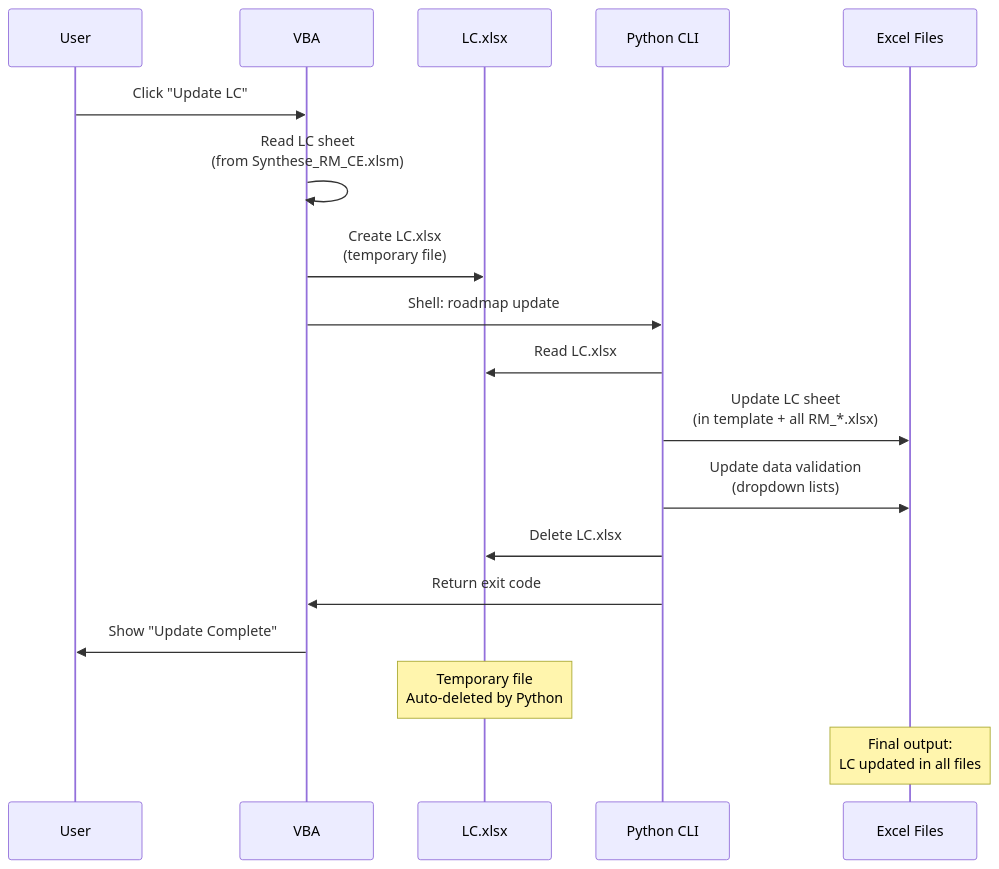
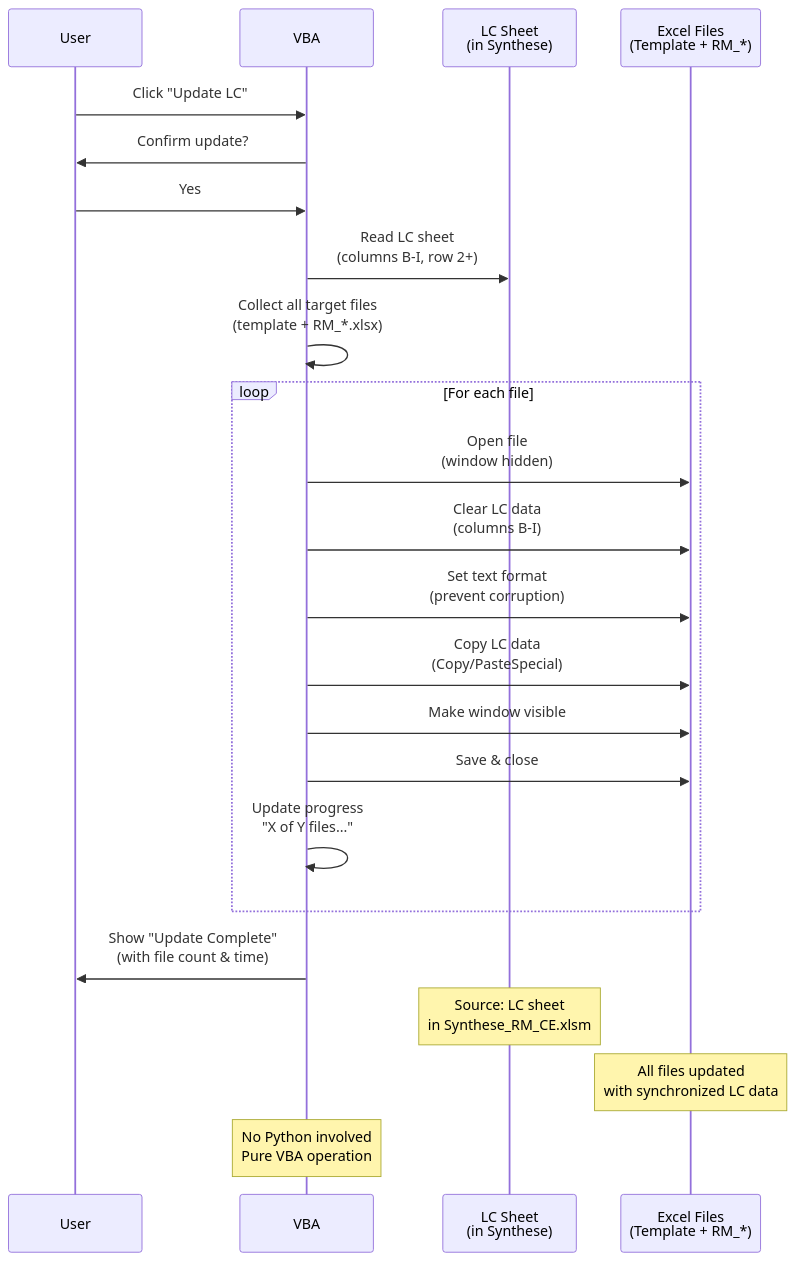
The sixth of 14 diagrams in PRESENTATION.md (chiyonofujikam/roadmap_manager), drawn with Mermaid before and after one commit. The commit also changed other lines of this file and 12 other files, not shown here.

````diff
--- a/PRESENTATION.md
+++ b/PRESENTATION.md
@@ -406,22 +403,30 @@
 ```mermaid
 sequenceDiagram
     participant U as User
     participant V as VBA
-    participant LC as LC.xlsx
-    participant P as Python CLI
-    participant F as Excel Files
+    participant LC as LC Sheet<br/>(in Synthese)
+    participant F as Excel Files<br/>(Template + RM_*)
 
     U->>V: Click "Update LC"
-    V->>V: Read LC sheet<br/>(from Synthese_RM_CE.xlsm)
-    V->>LC: Create LC.xlsx<br/>(temporary file)
-    V->>P: Shell: roadmap update
-    P->>LC: Read LC.xlsx
-    P->>F: Update LC sheet<br/>(in template + all RM_*.xlsx)
-    P->>F: Update data validation<br/>(dropdown lists)
-    P->>LC: Delete LC.xlsx
-    P->>V: Return exit code
-    V->>U: Show "Update Complete"
+    V->>U: Confirm update?
+    U->>V: Yes
 
-    Note over LC: Temporary file<br/>Auto-deleted by Python
-    Note over F: Final output:<br/>LC updated in all files
+    V->>LC: Read LC sheet<br/>(columns B-I, row 2+)
+    V->>V: Collect all target files<br/>(template + RM_*.xlsx)
+    
+    loop For each file
+        V->>F: Open file<br/>(window hidden)
+        V->>F: Clear LC data<br/>(columns B-I)
+        V->>F: Set text format<br/>(prevent corruption)
+        V->>F: Copy LC data<br/>(Copy/PasteSpecial)
+        V->>F: Make window visible
+        V->>F: Save & close
+        V->>V: Update progress<br/>"X of Y files..."
+    end
+
+    V->>U: Show "Update Complete"<br/>(with file count & time)
+
+    Note over LC: Source: LC sheet<br/>in Synthese_RM_CE.xlsm
+    Note over F: All files updated<br/>with synchronized LC data
+    Note over V: No Python involved<br/>Pure VBA operation
 ```
````
